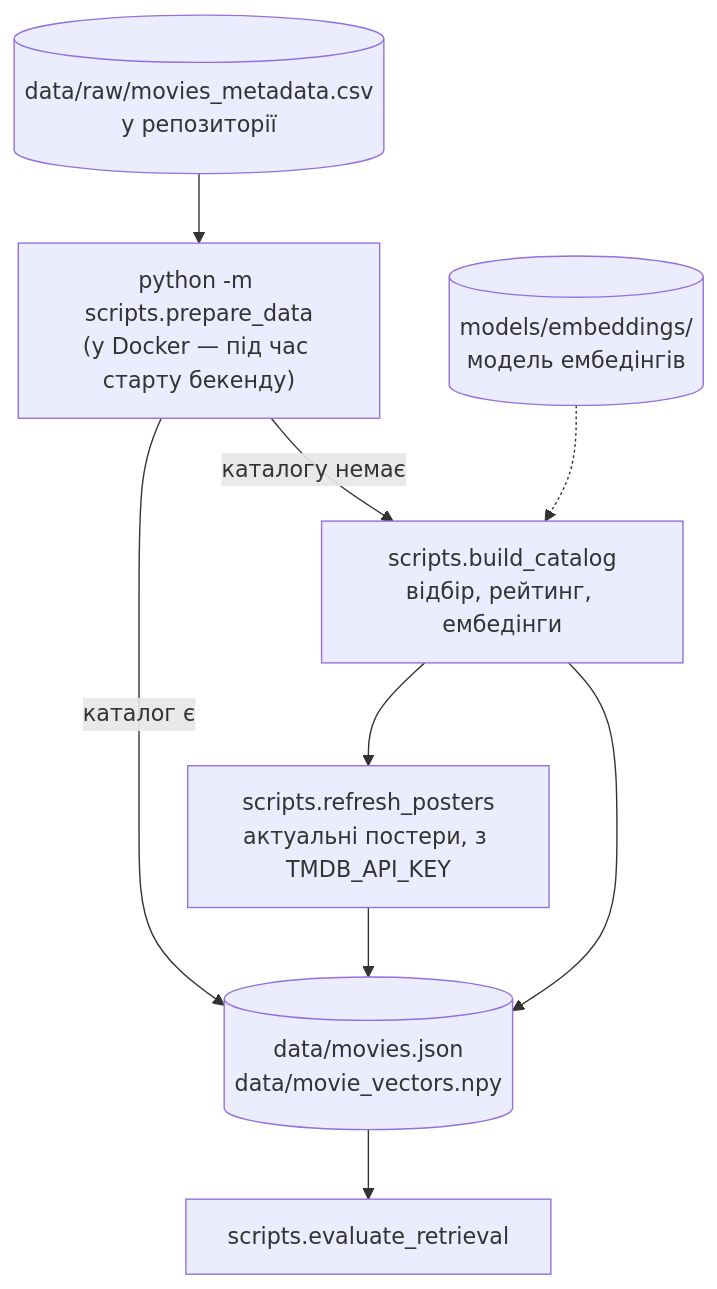
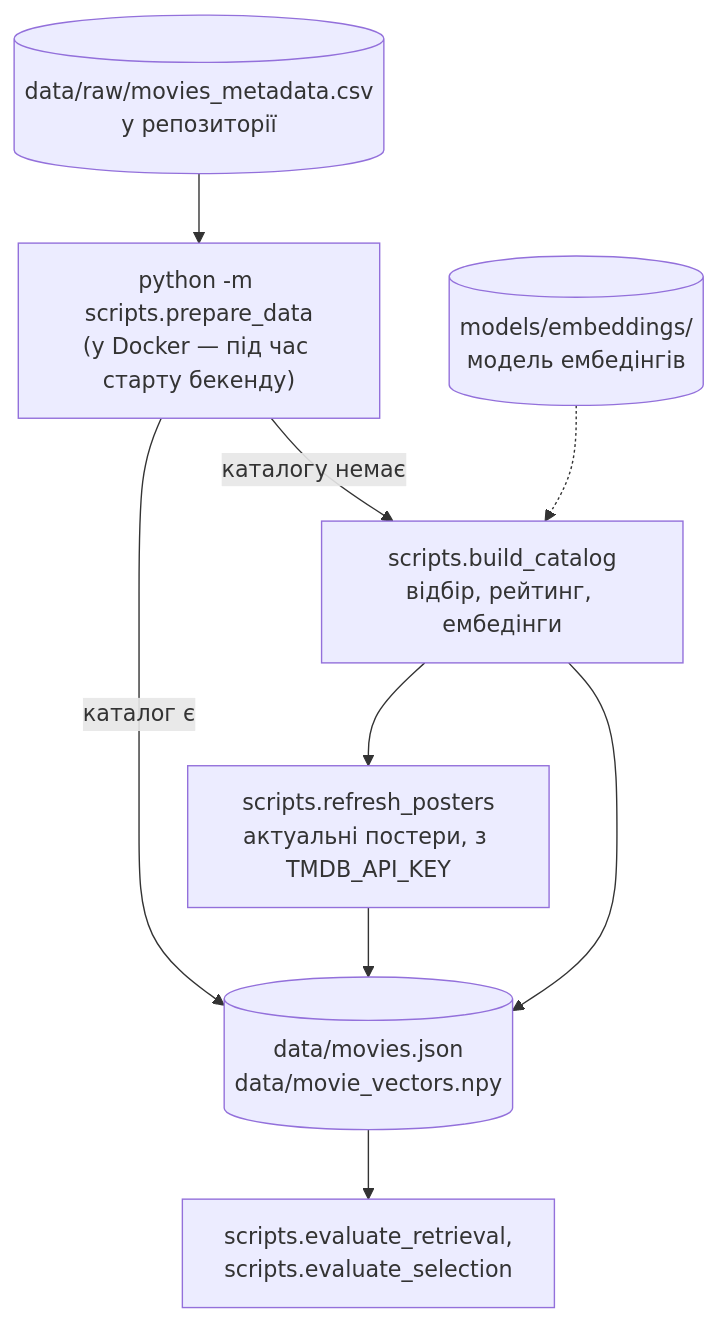
The second of 4 diagrams in docs/05-e2e-workflow.md (woldemarg/movie_rs), drawn with Mermaid before and after one commit. The commit also changed other lines of this file and 12 other files, not shown here.

````diff
--- a/docs/05-e2e-workflow.md
+++ b/docs/05-e2e-workflow.md
@@ -76,17 +76,17 @@
 ```mermaid
 flowchart TB
     raw[("data/raw/movies_metadata.csv<br/>у репозиторії")]
     prep["python -m scripts.prepare_data<br/>(у Docker — під час старту бекенду)"]
     build["scripts.build_catalog<br/>відбір, рейтинг, ембедінги"]
     posters["scripts.refresh_posters<br/>актуальні постери, з TMDB_API_KEY"]
     hf[("models/embeddings/<br/>модель ембедінгів")]
     catalog[("data/movies.json<br/>data/movie_vectors.npy")]
-    evaluate["scripts.evaluate_retrieval"]
+    evaluate["scripts.evaluate_retrieval,<br/>scripts.evaluate_selection"]
 
     raw --> prep
     prep -- "каталогу немає" --> build --> catalog
     hf -.-> build
     build --> posters --> catalog
     prep -- "каталог є" --> catalog
     catalog --> evaluate
 ```
````
